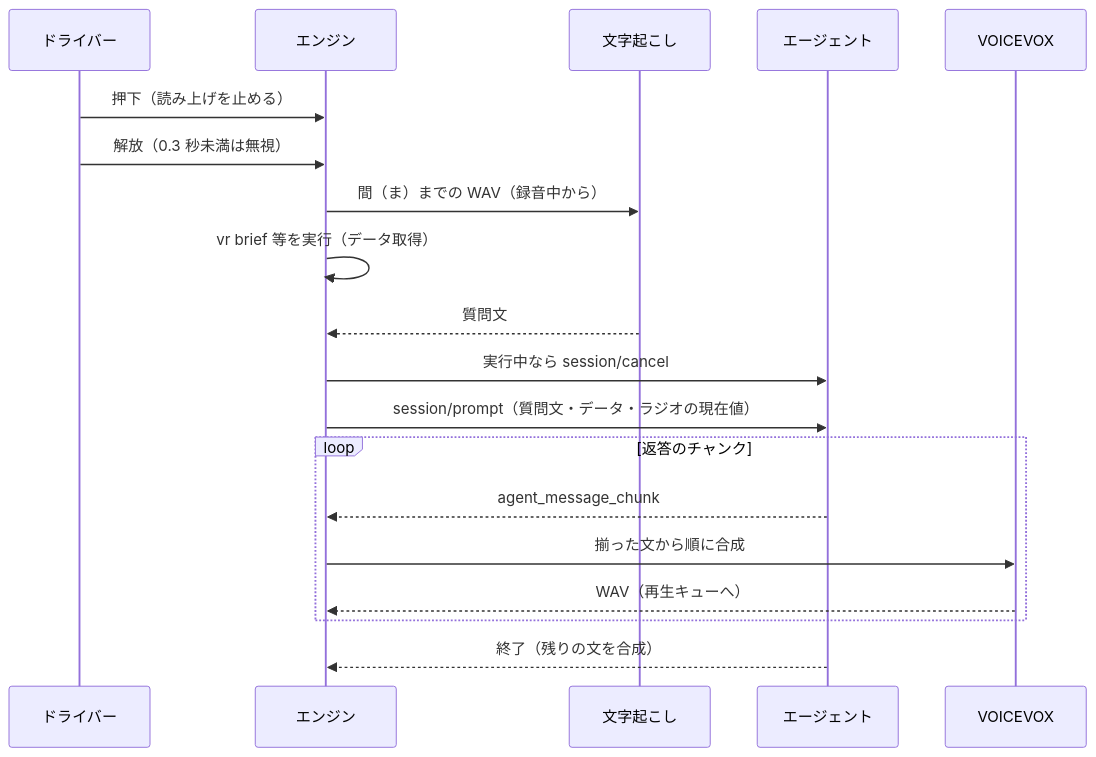
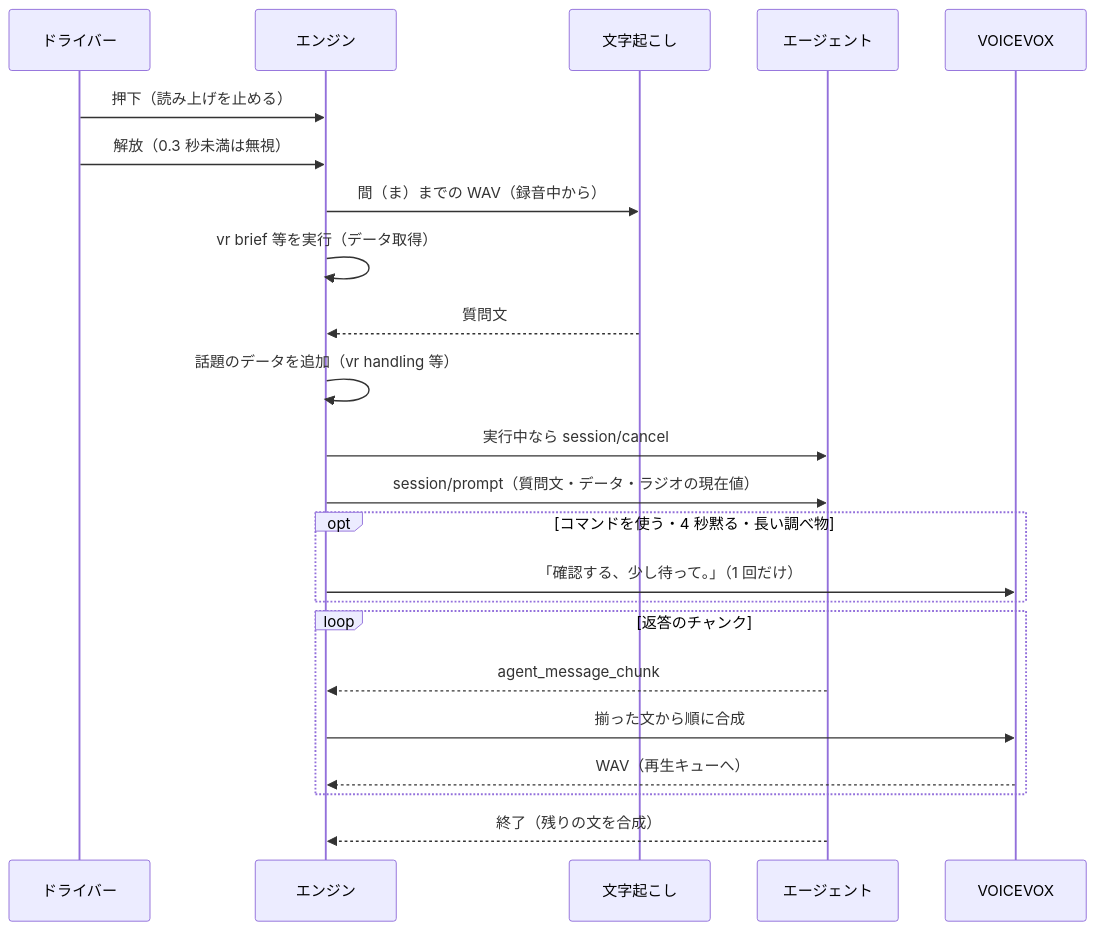
Before and after one commit to r4ai/vibe-racing: the second of 3 diagrams in crates/vr-radio/docs/architecture.md, drawn with Mermaid. The commit also changed other lines of this file and 84 other files, not shown here.

````diff
--- a/crates/vr-radio/docs/architecture.md
+++ b/crates/vr-radio/docs/architecture.md
@@ -134,21 +161,25 @@
 ```mermaid
 sequenceDiagram
     participant D as ドライバー
     participant E as エンジン
     participant S as 文字起こし
     participant A as エージェント
     participant V as VOICEVOX
     D->>E: 押下（読み上げを止める）
     D->>E: 解放（0.3 秒未満は無視）
     E->>S: 間（ま）までの WAV（録音中から）
     E->>E: vr brief 等を実行（データ取得）
     S-->>E: 質問文
+    E->>E: 話題のデータを追加（vr handling 等）
     E->>A: 実行中なら session/cancel
     E->>A: session/prompt（質問文・データ・ラジオの現在値）
+    opt コマンドを使う・4 秒黙る・長い調べ物
+        E->>V: 「確認する、少し待って。」（1 回だけ）
+    end
     loop 返答のチャンク
         A-->>E: agent_message_chunk
         E->>V: 揃った文から順に合成
         V-->>E: WAV（再生キューへ）
     end
     A-->>E: 終了（残りの文を合成）
 ```
````
